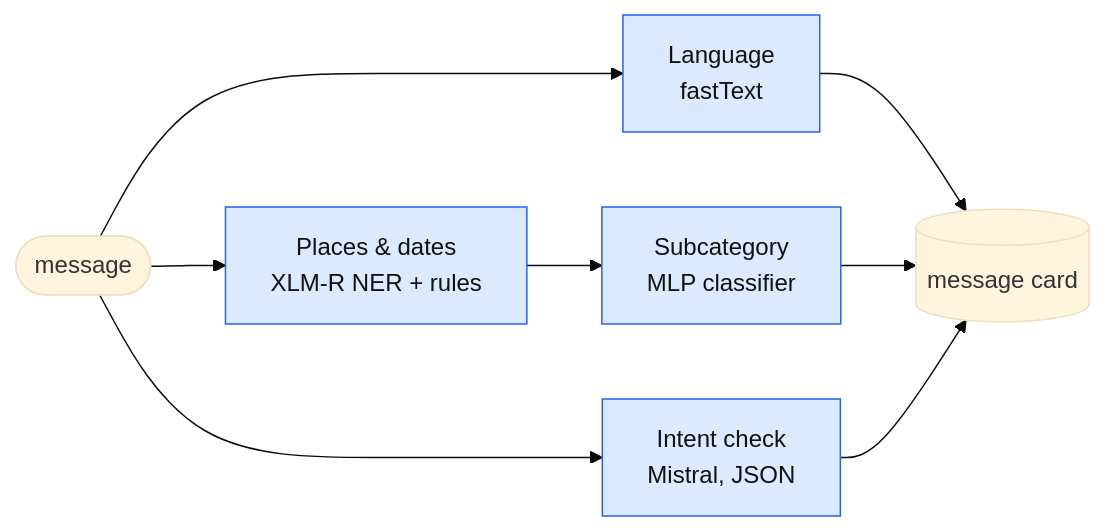
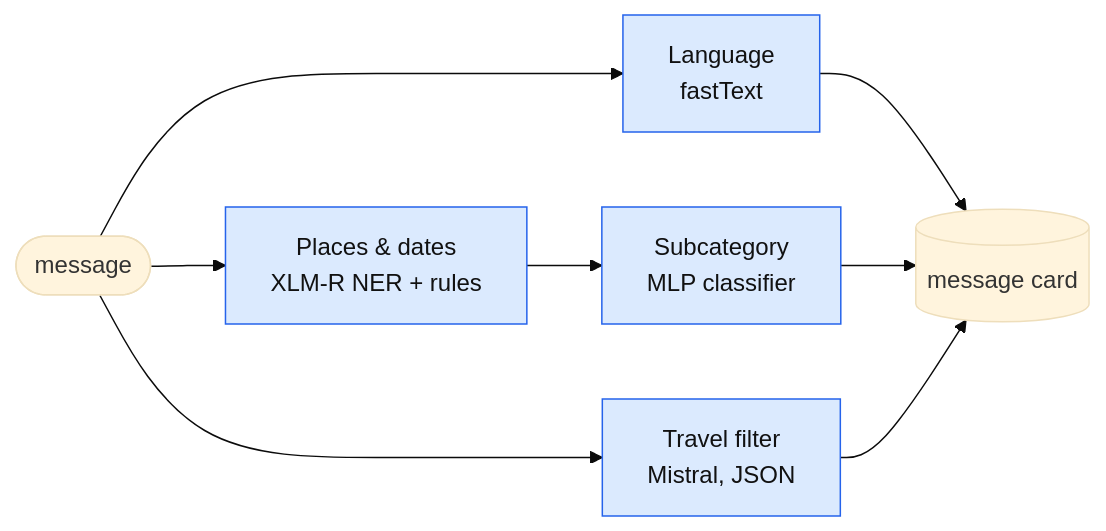
The second of 5 diagrams in docs/agentic_architecture.md (MohamedBenMaaouia/multilingual-travel-chatbot-), drawn with Mermaid (base theme) before and after one commit. The commit also changed other lines of this file and 13 other files, not shown here.

````diff
--- a/docs/agentic_architecture.md
+++ b/docs/agentic_architecture.md
@@ -59,13 +59,13 @@
 ```mermaid
 flowchart LR
     M([message]) --> L[Language<br/>fastText]
     M --> N[Places & dates<br/>XLM-R NER + rules]
-    M --> I[Intent check<br/>Mistral, JSON]
+    M --> I[Travel filter<br/>Mistral, JSON]
     N --> K[Subcategory<br/>MLP classifier]
     L --> CARD[(message card)]
     K --> CARD
     I --> CARD
 
     classDef model fill:#dbeafe,stroke:#2563eb,color:#111
     class L,N,I,K model
 ```
````
